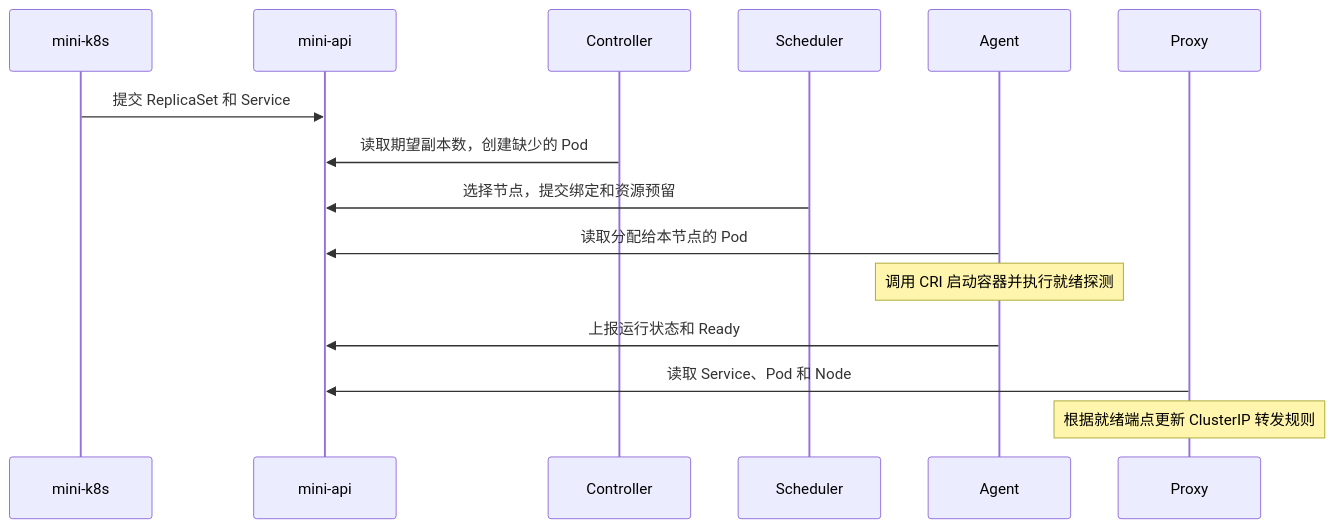
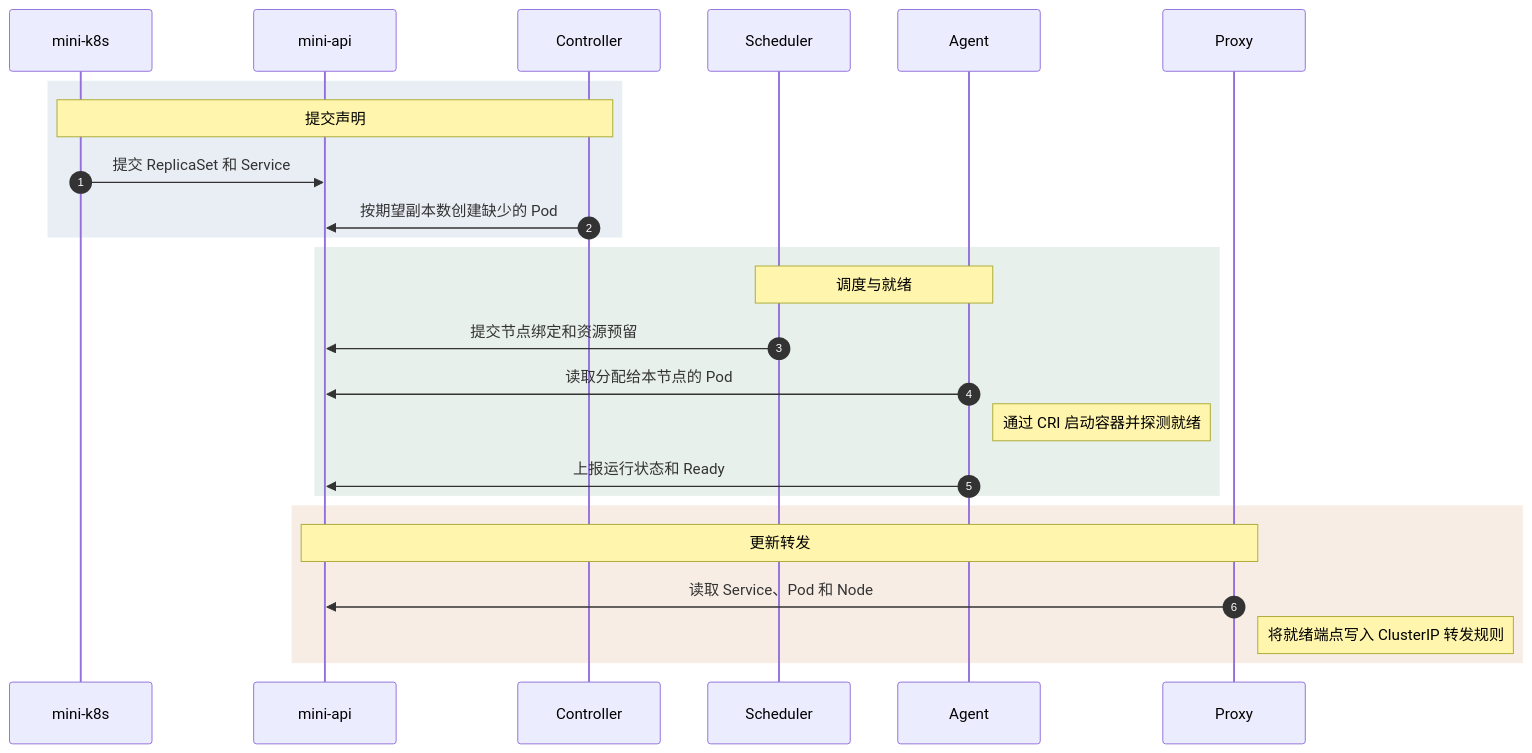
One commit to Yang-oah/mini-k8s changed the second of 2 diagrams in readme.md. Above: the diagram before and after it, drawn with Mermaid. The commit also changed other lines of this file, not shown here.

First line of the commit message:
docs: Make the README diagrams easier to follow

````diff
--- a/readme.md
+++ b/readme.md
@@ -39,18 +52,30 @@
 ```mermaid
 sequenceDiagram
+    autonumber
     participant CLI as mini-k8s
     participant API as mini-api
     participant C as Controller
     participant S as Scheduler
     participant A as Agent
     participant P as Proxy
 
-    CLI->>API: 提交 ReplicaSet 和 Service
-    C->>API: 读取期望副本数，创建缺少的 Pod
-    S->>API: 选择节点，提交绑定和资源预留
-    A->>API: 读取分配给本节点的 Pod
-    Note over A: 调用 CRI 启动容器并执行就绪探测
-    A->>API: 上报运行状态和 Ready
-    P->>API: 读取 Service、Pod 和 Node
-    Note over P: 根据就绪端点更新 ClusterIP 转发规则
+    rect rgba(76, 118, 174, 0.12)
+        Note over CLI,C: 提交声明
+        CLI->>API: 提交 ReplicaSet 和 Service
+        C->>API: 按期望副本数创建缺少的 Pod
+    end
+
+    rect rgba(65, 128, 96, 0.12)
+        Note over S,A: 调度与就绪
+        S->>API: 提交节点绑定和资源预留
+        A->>API: 读取分配给本节点的 Pod
+        Note right of A: 通过 CRI 启动容器并探测就绪
+        A->>API: 上报运行状态和 Ready
+    end
+
+    rect rgba(186, 107, 38, 0.12)
+        Note over API,P: 更新转发
+        P->>API: 读取 Service、Pod 和 Node
+        Note right of P: 将就绪端点写入 ClusterIP 转发规则
+    end
 ```
````
